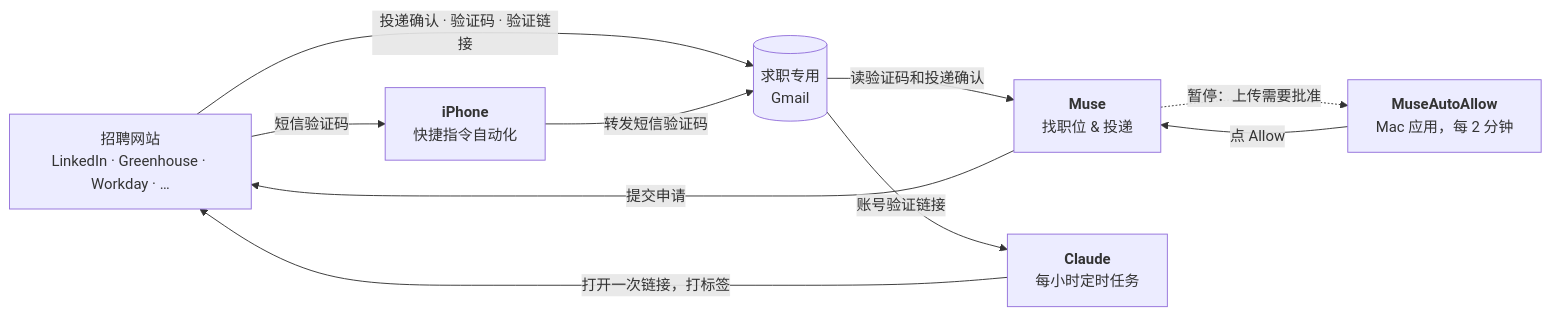
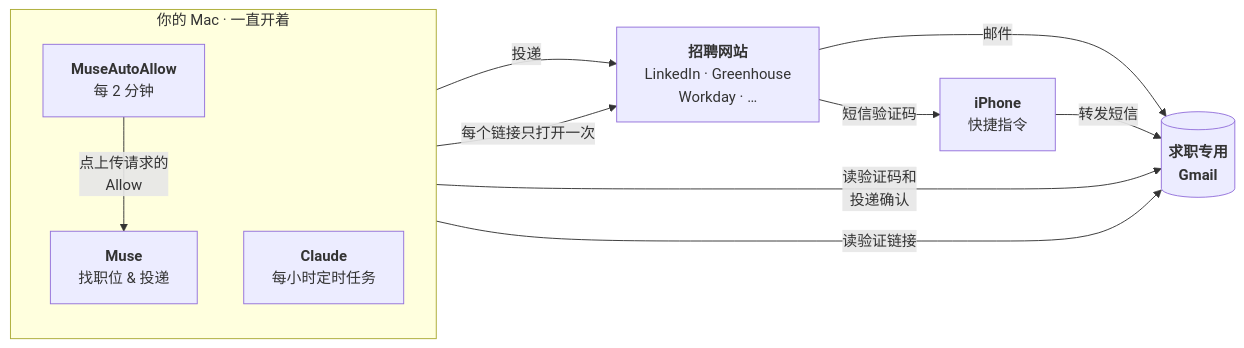
The diagram in README.zh-CN.md (Dark417/muse-auto-job-apply), drawn with Mermaid before and after one commit. The commit also changed 1 other file, not shown here.

Commit message:
Redraw README diagrams so all arrows flow one way, no crossings

````diff
--- a/README.zh-CN.md
+++ b/README.zh-CN.md
@@ -31,19 +31,22 @@
 ```mermaid
 flowchart LR
-    Jobs["招聘网站<br/>LinkedIn · Greenhouse · Workday · …"]
-    Muse["<b>Muse</b><br/>找职位 &amp; 投递"]
-    Allow["<b>MuseAutoAllow</b><br/>Mac 应用，每 2 分钟"]
-    Gmail[("求职专用<br/>Gmail")]
-    Claude["<b>Claude</b><br/>每小时定时任务"]
-    Phone["<b>iPhone</b><br/>快捷指令自动化"]
+    subgraph MAC["你的 Mac · 一直开着"]
+        direction TB
+        Allow["<b>MuseAutoAllow</b><br/>每 2 分钟"]
+        Muse["<b>Muse</b><br/>找职位 &amp; 投递"]
+        Claude["<b>Claude</b><br/>每小时定时任务"]
+        Allow -- "点上传请求的<br/>Allow" --> Muse
+    end
 
-    Muse -- "提交申请" --> Jobs
-    Muse -. "暂停：上传需要批准" .-> Allow
-    Allow -- "点 Allow" --> Muse
-    Jobs -- "投递确认 · 验证码 · 验证链接" --> Gmail
+    Jobs["<b>招聘网站</b><br/>LinkedIn · Greenhouse<br/>Workday · …"]
+    Phone["<b>iPhone</b><br/>快捷指令"]
+    Gmail[("<b>求职专用<br/>Gmail</b>")]
+
+    Muse -- "投递" --> Jobs
+    Muse -- "读验证码和<br/>投递确认" --> Gmail
+    Claude -- "读验证链接" --> Gmail
+    Claude -- "每个链接只打开一次" --> Jobs
+    Jobs -- "邮件" --> Gmail
     Jobs -- "短信验证码" --> Phone
-    Phone -- "转发短信验证码" --> Gmail
-    Gmail -- "读验证码和投递确认" --> Muse
-    Gmail -- "账号验证链接" --> Claude
-    Claude -- "打开一次链接，打标签" --> Jobs
+    Phone -- "转发短信" --> Gmail
 ```
````
